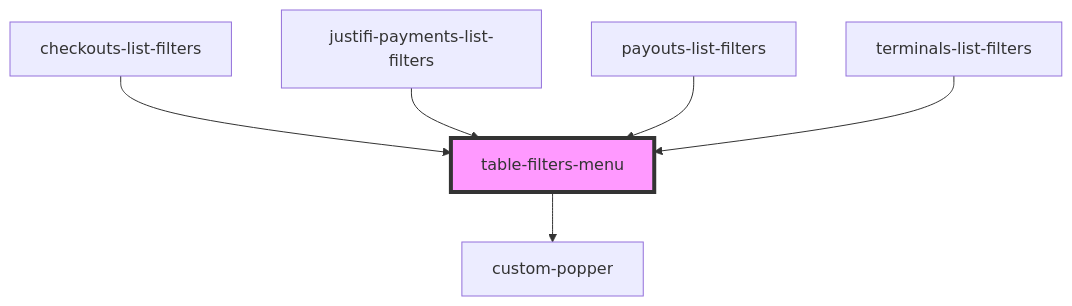
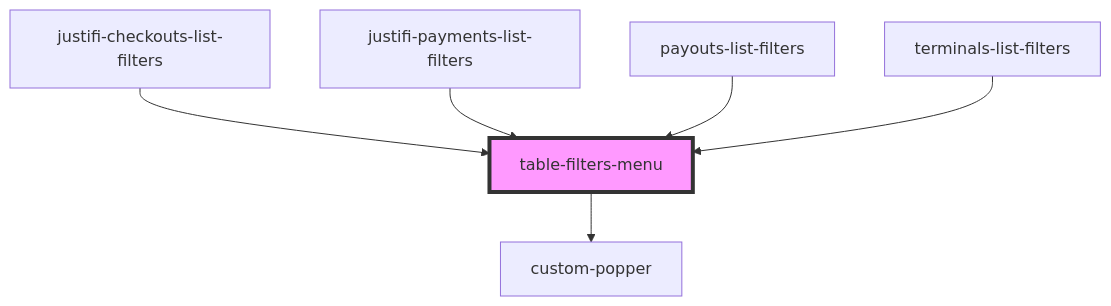
The diagram in packages/webcomponents/src/ui-components/filters/readme.md (justifi-tech/web-component-library), drawn with Mermaid before and after one commit. The commit also changed other lines of this file and 10 other files, not shown here.

Commit message:
Abstract checkouts table filters to their own component

````diff
--- a/packages/webcomponents/src/ui-components/filters/readme.md
+++ b/packages/webcomponents/src/ui-components/filters/readme.md
@@ -37,9 +37,9 @@
 ```mermaid
 graph TD;
   table-filters-menu --> custom-popper
-  checkouts-list-filters --> table-filters-menu
+  justifi-checkouts-list-filters --> table-filters-menu
   justifi-payments-list-filters --> table-filters-menu
   payouts-list-filters --> table-filters-menu
   terminals-list-filters --> table-filters-menu
   style table-filters-menu fill:#f9f,stroke:#333,stroke-width:4px
 ```
````
